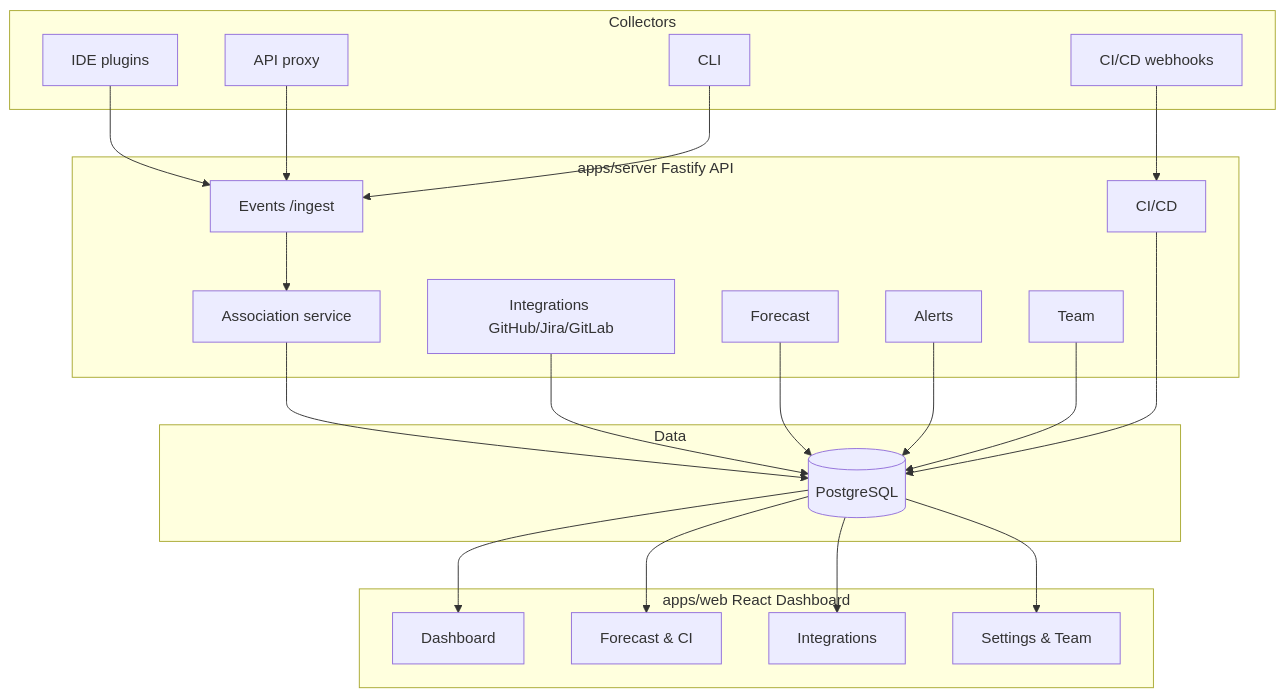
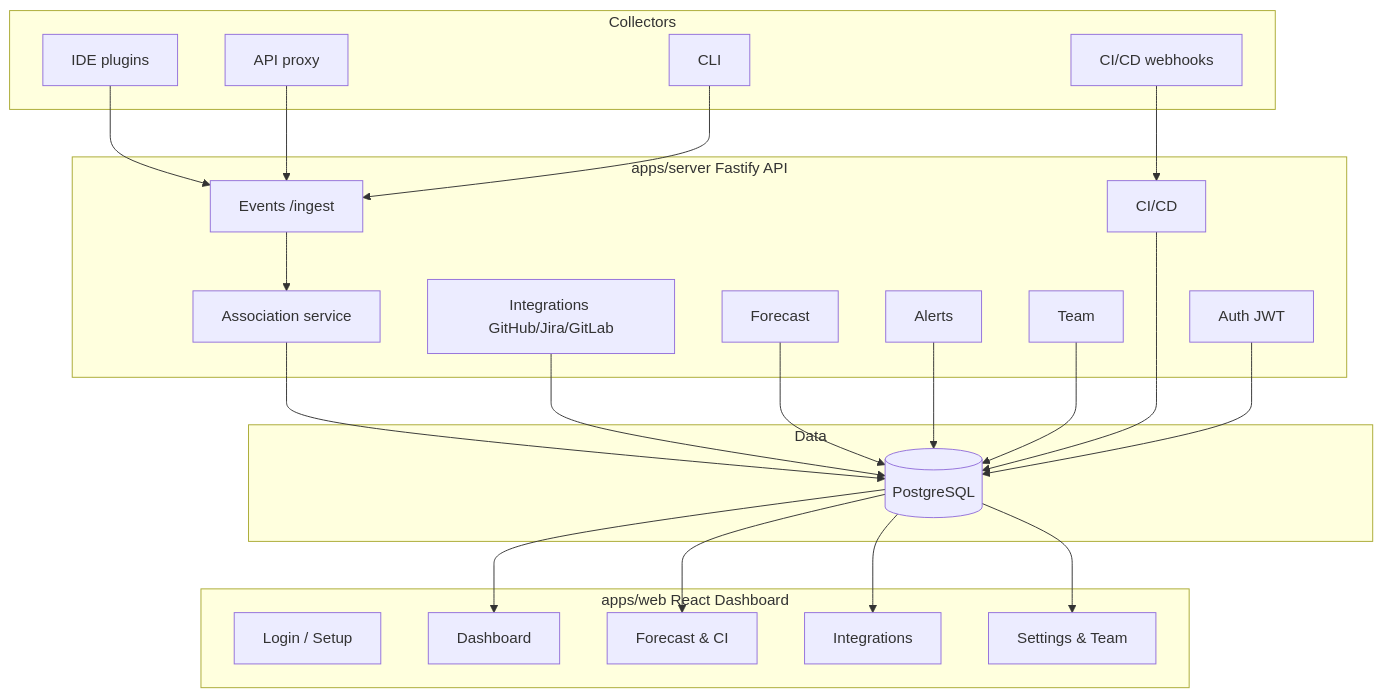
Before and after one commit to filipjevtic/agile-token-sprint: the diagram in README.md, drawn with Mermaid. The commit also changed other lines of this file and 4 other files, not shown here.

````diff
--- a/README.md
+++ b/README.md
@@ -55,46 +68,49 @@
 ```mermaid
 flowchart TB
     subgraph Collectors
         A[IDE plugins]
         B[API proxy]
         C[CLI]
         D[CI/CD webhooks]
     end
 
     subgraph Server["apps/server Fastify API"]
         E[Events /ingest]
         F[Association service]
         G[Integrations GitHub/Jira/GitLab]
         H[Forecast]
         I[Alerts]
         J[Team]
         K[CI/CD]
+        L[Auth JWT]
     end
 
     subgraph Frontend["apps/web React Dashboard"]
-        L[Dashboard]
-        M[Forecast & CI]
-        N[Integrations]
-        O[Settings & Team]
+        M[Login / Setup]
+        N[Dashboard]
+        O[Forecast & CI]
+        P[Integrations]
+        Q[Settings & Team]
     end
 
     subgraph Data
-        P[(PostgreSQL)]
+        R[(PostgreSQL)]
     end
 
     A --> E
     B --> E
     C --> E
     D --> K
     E --> F
-    F --> P
-    G --> P
-    H --> P
-    I --> P
-    J --> P
-    K --> P
-    P --> L
-    P --> M
-    P --> N
-    P --> O
+    F --> R
+    G --> R
+    H --> R
+    I --> R
+    J --> R
+    K --> R
+    L --> R
+    R --> N
+    R --> O
+    R --> P
+    R --> Q
 ```
````
